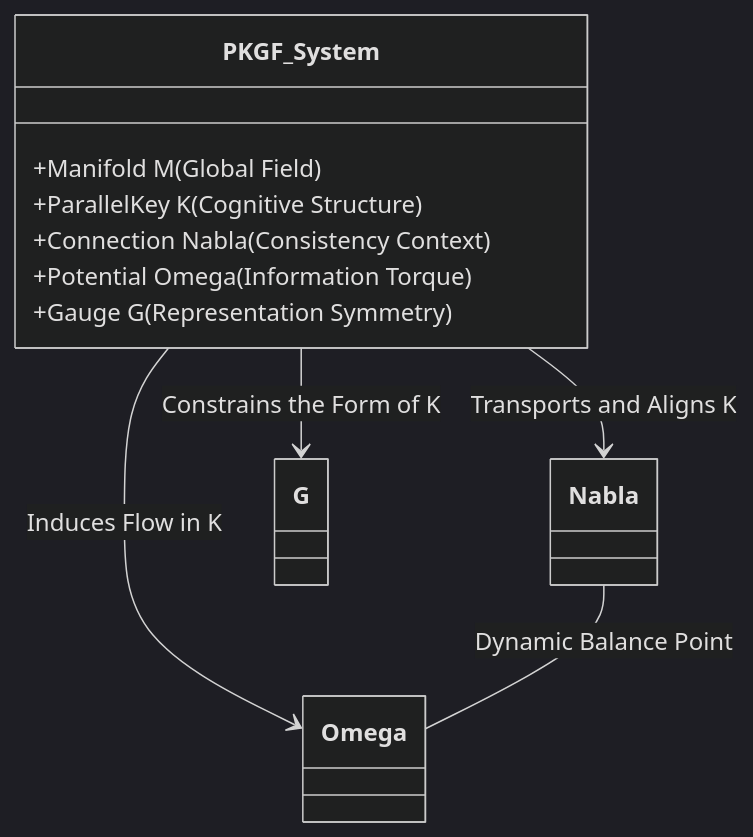
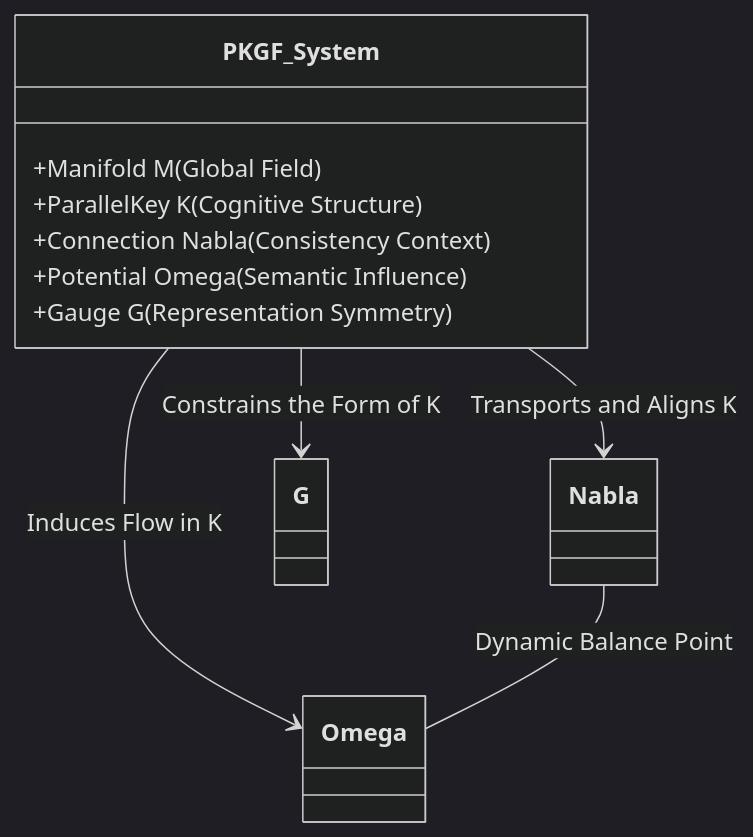
One commit to aikenkyu001/CDU_structure changed the third of 3 diagrams in Docs/PoI_Chapter1_Axiomatic_Foundation_en.md. Above: the diagram before and after it, drawn with Mermaid (dark theme). The commit also changed other lines of this file and 4 other files, not shown here.

````diff
--- a/Docs/PoI_Chapter1_Axiomatic_Foundation_en.md
+++ b/Docs/PoI_Chapter1_Axiomatic_Foundation_en.md
@@ -158,14 +157,14 @@
 ```mermaid
 classDiagram
     class PKGF_System {
         +Manifold M (Global Field)
         +ParallelKey K (Cognitive Structure)
         +Connection Nabla (Consistency Context)
-        +Potential Omega (Information Torque)
+        +Potential Omega (Semantic Influence)
         +Gauge G (Representation Symmetry)
     }
     PKGF_System --> Nabla : Transports and Aligns K
     PKGF_System --> Omega : Induces Flow in K
     PKGF_System --> G : Constrains the Form of K
     Nabla -- Omega : Dynamic Balance Point
 ```
````
